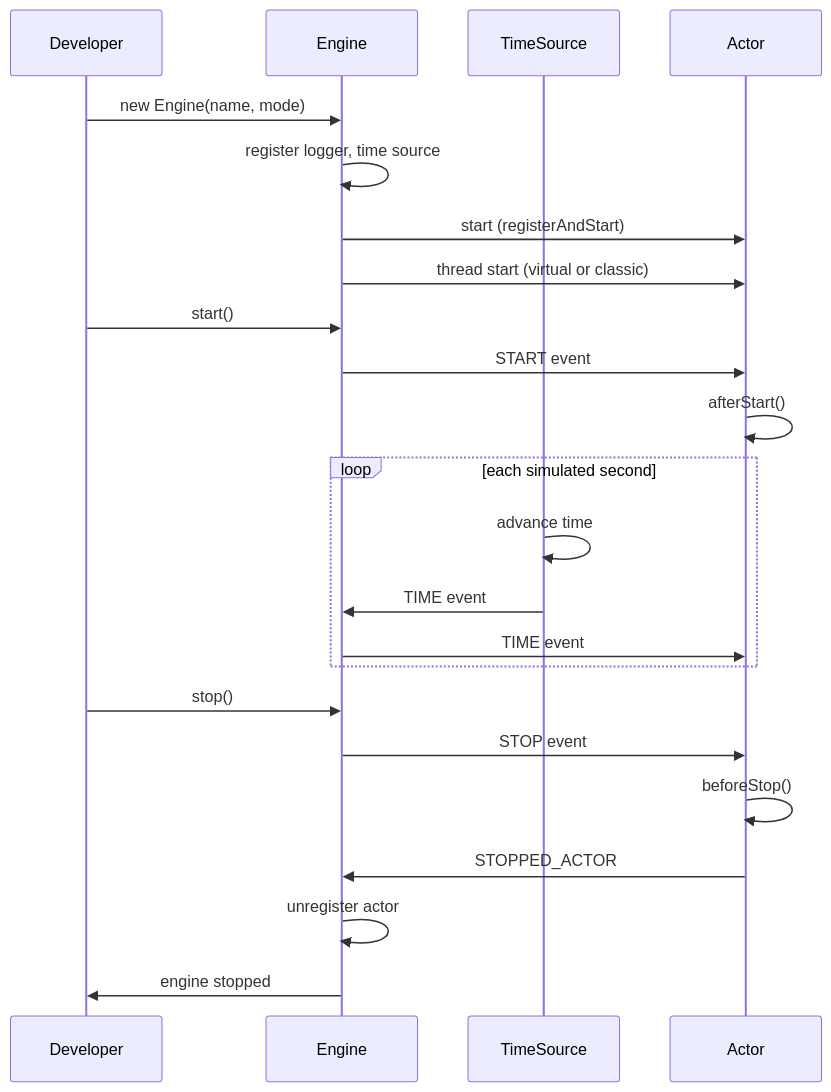
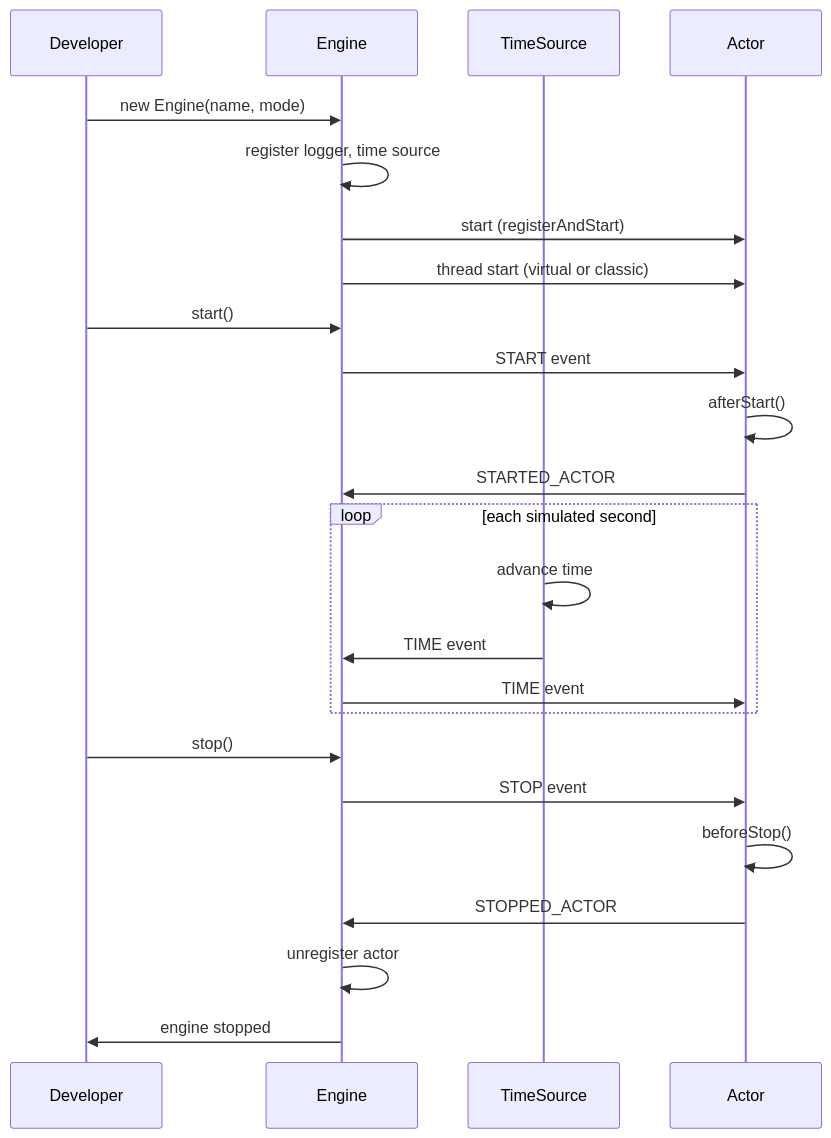
One commit to JPnCo/simula changed the third of 4 diagrams in architecture.md. Above: the diagram before and after it, drawn with Mermaid. The commit also changed other lines of this file and 21 other files, not shown here.

````diff
--- a/architecture.md
+++ b/architecture.md
@@ -147,25 +159,26 @@
 ```mermaid
 sequenceDiagram
     participant Dev as Developer
     participant E as Engine
     participant TS as TimeSource
     participant A as Actor
     Dev->>E: new Engine(name, mode)
     E->>E: register logger, time source
     E->>A: start (registerAndStart)
     E->>A: thread start (virtual or classic)
     Dev->>E: start()
     E->>A: START event
     A->>A: afterStart()
+    A->>E: STARTED_ACTOR
     loop each simulated second
         TS->>TS: advance time
         TS->>E: TIME event
         E->>A: TIME event
     end
     Dev->>E: stop()
     E->>A: STOP event
     A->>A: beforeStop()
     A->>E: STOPPED_ACTOR
     E->>E: unregister actor
     E->>Dev: engine stopped
 ```
````
